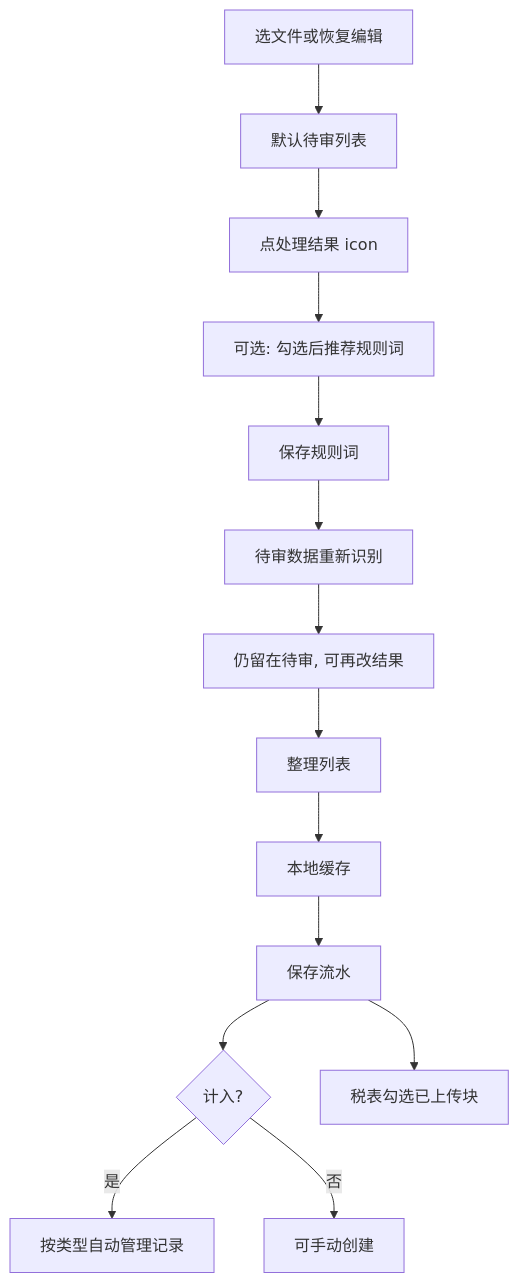
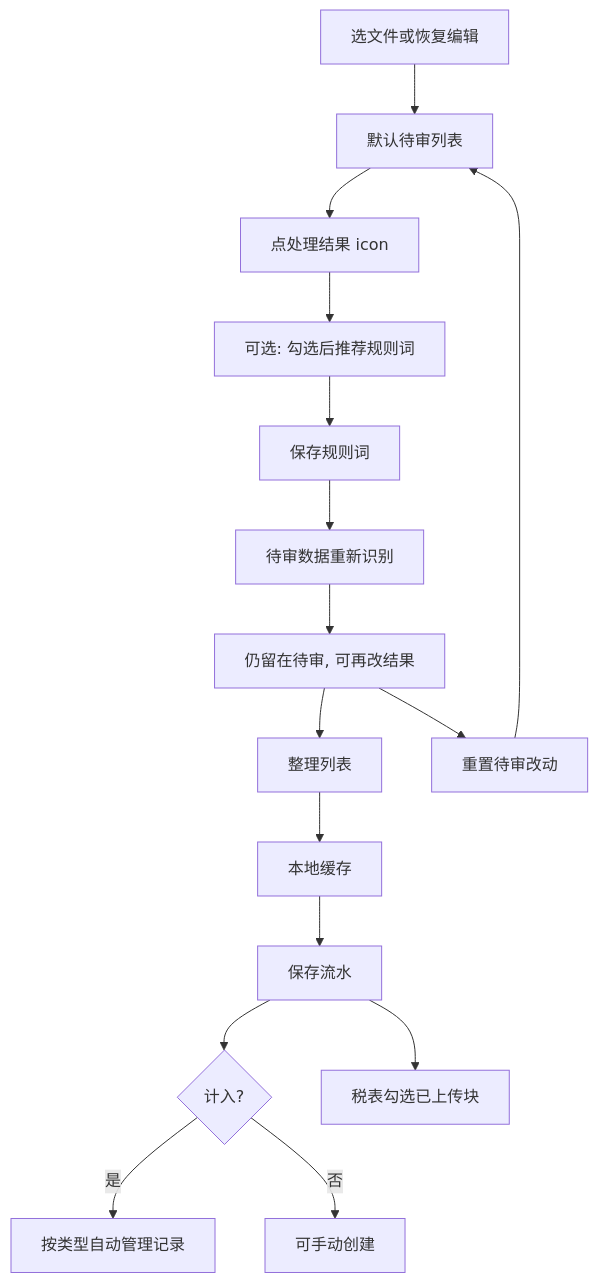
Before and after one commit to lancety/xituan_agent: the second of 2 diagrams in devGuide/ledger-intake/README.md, drawn with Mermaid. The commit also changed other lines of this file, not shown here.

````diff
--- a/devGuide/ledger-intake/README.md
+++ b/devGuide/ledger-intake/README.md
@@ -188,16 +232,18 @@
 ```mermaid
 flowchart TD
   import[选文件或恢复编辑] --> reviewTab[默认待审列表]
   reviewTab --> setResult[点处理结果 icon]
   setResult --> optionalRec[可选: 勾选后推荐规则词]
   optionalRec --> saveRule[保存规则词]
   saveRule --> rematch[待审数据重新识别]
   rematch --> check[仍留在待审, 可再改结果]
   check --> organize[整理列表]
+  check --> resetEdits[重置待审改动]
+  resetEdits --> reviewTab
   organize --> cache[本地缓存]
   cache --> save[保存流水]
   save --> books{计入?}
   books -->|是| auto[按类型自动管理记录]
   books -->|否| manual[可手动创建]
   save --> tax[税表勾选已上传块]
 ```
````
